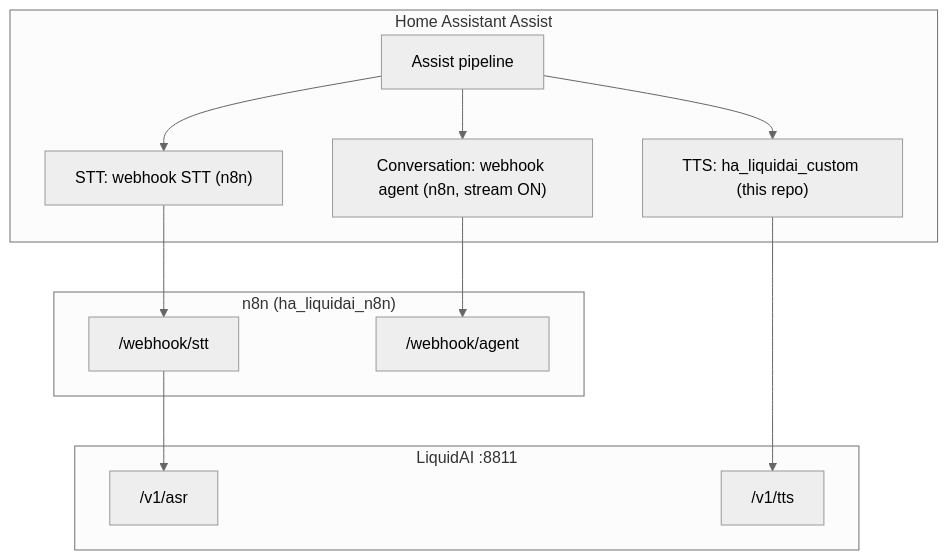
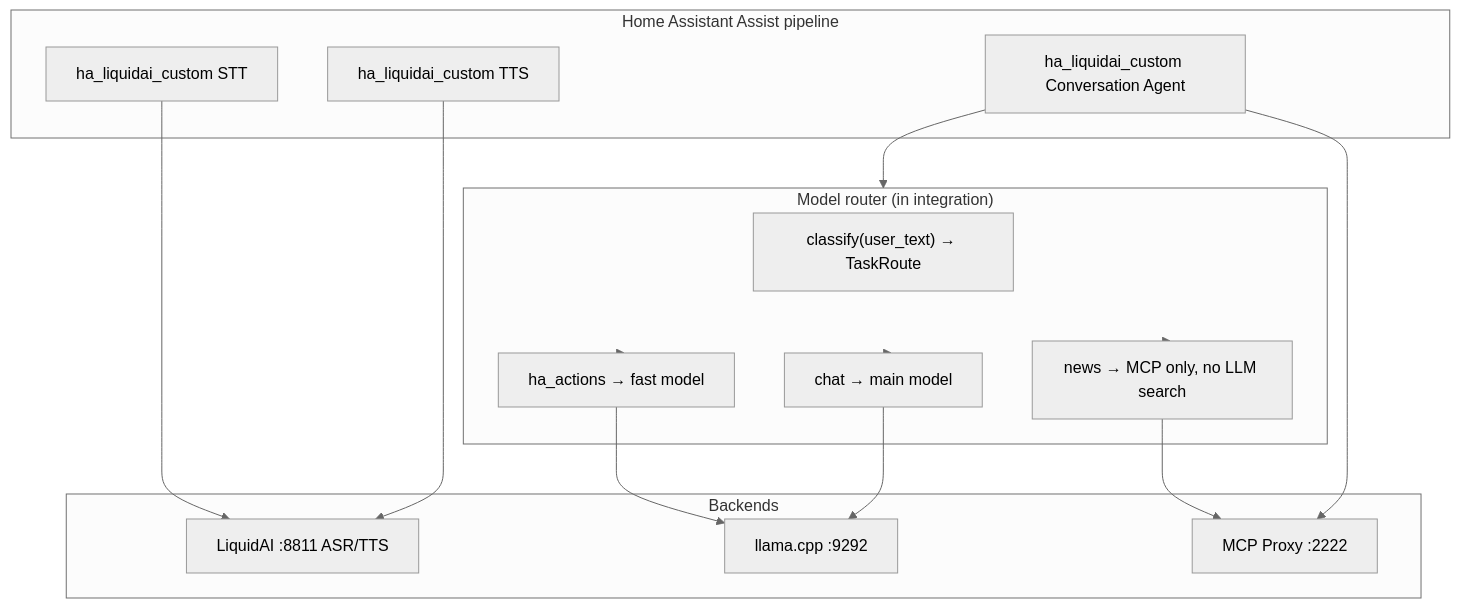
One commit to holger81/ha_liquidai changed the first of 2 diagrams in PLAN.md. Above: the diagram before and after it, drawn with Mermaid (neutral theme). The commit also changed other lines of this file and 16 other files, not shown here.

First line of the commit message:
Add native LiquidAI STT for Assist speech-to-text.

````diff
--- a/PLAN.md
+++ b/PLAN.md
@@ -30,23 +32,29 @@
 ```mermaid
 flowchart TB
-  subgraph HA["Home Assistant Assist"]
-    STT["STT: webhook STT (n8n)"]
-    Agent["Conversation: webhook agent (n8n, stream ON)"]
-    TTS["TTS: ha_liquidai_custom (this repo)"]
-    Pipe["Assist pipeline"]
+  subgraph HA["Home Assistant Assist pipeline"]
+    STT["ha_liquidai_custom STT"]
+    Agent["ha_liquidai_custom Conversation Agent"]
+    TTS["ha_liquidai_custom TTS"]
   end
 
-  subgraph n8n["n8n (ha_liquidai_n8n)"]
-    WH_STT["/webhook/stt"]
-    WH_AGENT["/webhook/agent"]
+  subgraph Router["Model router (in integration)"]
+    R["classify(user_text) → TaskRoute"]
+    M1["ha_actions → fast model"]
+    M2["chat → main model"]
+    M3["news → MCP only, no LLM search"]
   end
 
-  subgraph Liquid["LiquidAI :8811"]
-    ASR["/v1/asr"]
-    TTSAPI["/v1/tts"]
+  subgraph Backends
+    LAI["LiquidAI :8811 ASR/TTS"]
+    LLM["llama.cpp :9292"]
+    MCP["MCP Proxy :2222"]
   end
 
-  Pipe --> STT --> WH_STT --> ASR
-  Pipe --> Agent --> WH_AGENT
-  Pipe --> TTS --> TTSAPI
+  STT --> LAI
+  Agent --> Router
+  Router --> M1 --> LLM
+  Router --> M2 --> LLM
+  Router --> M3 --> MCP
+  Agent --> MCP
+  TTS --> LAI
 ```
````
